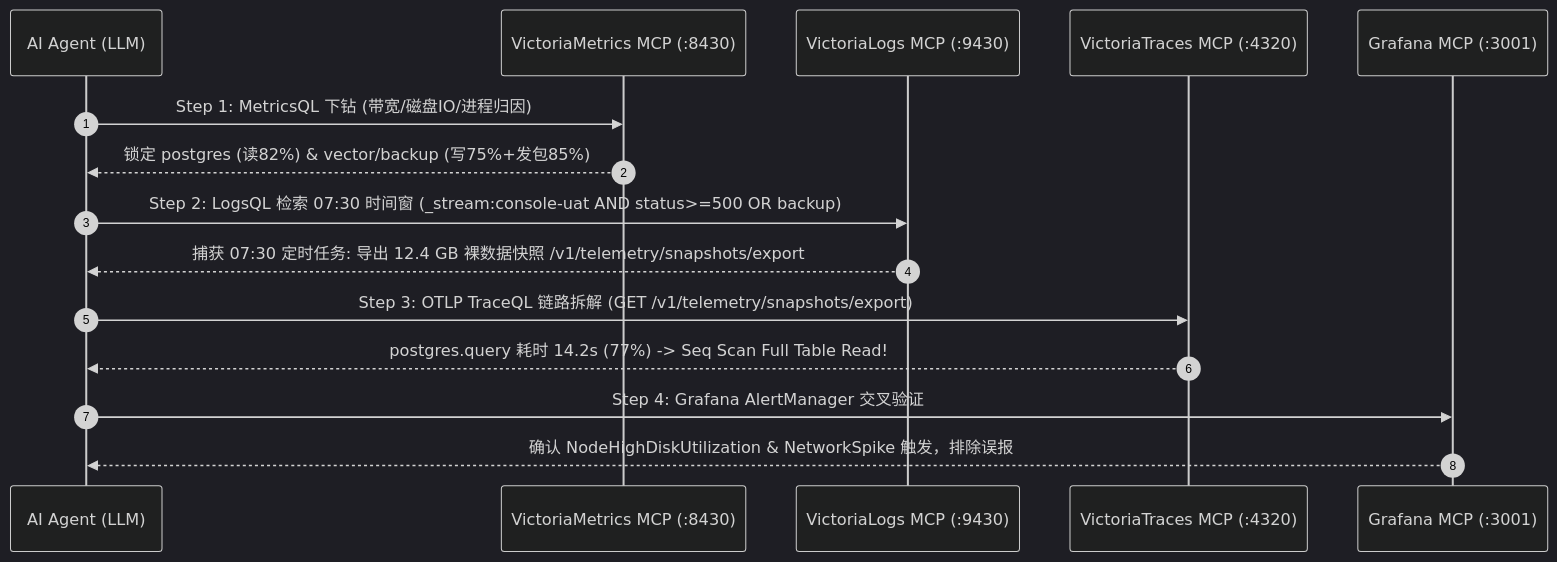
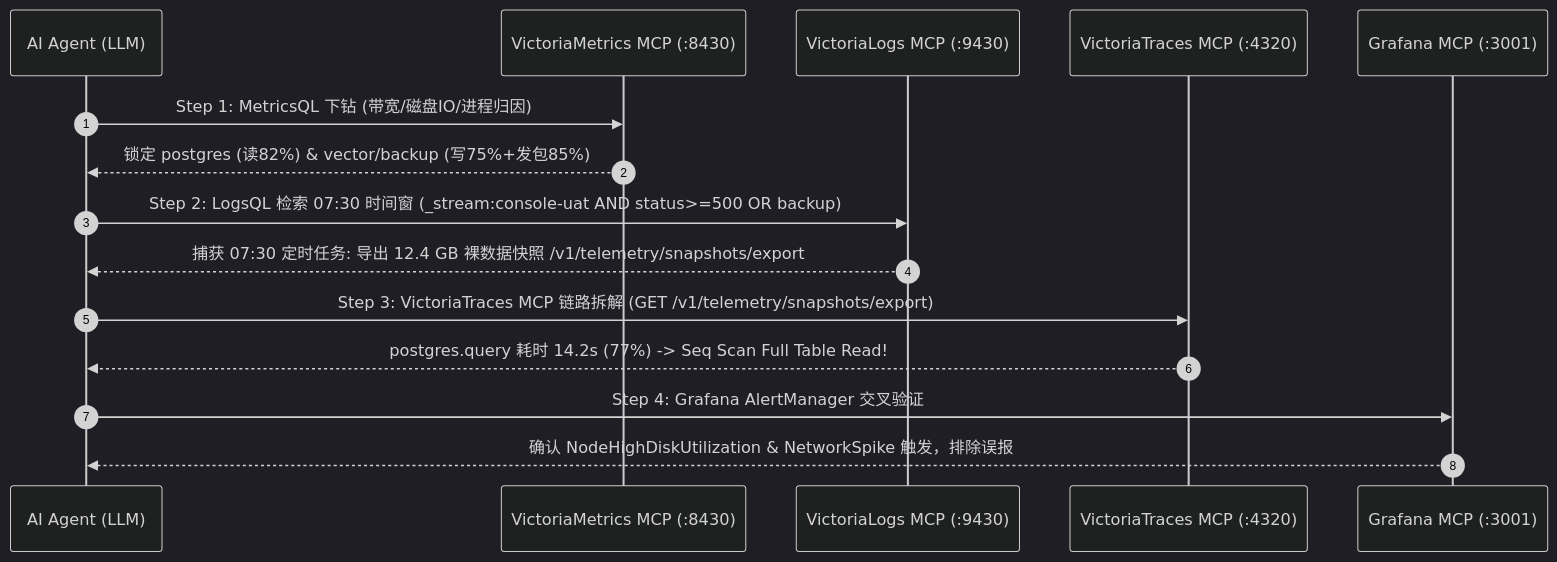
The second of 2 diagrams in content/03-observability/observability-server-core.zh.md (Cloud-Neutral-Workshop/knowledge), drawn with Mermaid (dark theme) before and after one commit. The commit also changed other lines of this file and 1 other file, not shown here.

Commit message:
docs(observability): add VictoriaTraces architecture, OTLP integration and MCP details (zh & en)

````diff
--- a/content/03-observability/observability-server-core.zh.md
+++ b/content/03-observability/observability-server-core.zh.md
@@ -172,21 +197,21 @@
 ```mermaid
 sequenceDiagram
     autonumber
     participant AI as AI Agent (LLM)
     participant VM as VictoriaMetrics MCP (:8430)
     participant VL as VictoriaLogs MCP (:9430)
     participant VT as VictoriaTraces MCP (:4320)
     participant GF as Grafana MCP (:3001)
 
     AI->>VM: Step 1: MetricsQL 下钻 (带宽/磁盘IO/进程归因)
     VM-->>AI: 锁定 postgres (读82%) & vector/backup (写75%+发包85%)
     
     AI->>VL: Step 2: LogsQL 检索 07:30 时间窗 (_stream:console-uat AND status>=500 OR backup)
     VL-->>AI: 捕获 07:30 定时任务: 导出 12.4 GB 裸数据快照 /v1/telemetry/snapshots/export
     
-    AI->>VT: Step 3: OTLP TraceQL 链路拆解 (GET /v1/telemetry/snapshots/export)
+    AI->>VT: Step 3: VictoriaTraces MCP 链路拆解 (GET /v1/telemetry/snapshots/export)
     VT-->>AI: postgres.query 耗时 14.2s (77%) -> Seq Scan Full Table Read!
 
     AI->>GF: Step 4: Grafana AlertManager 交叉验证
     GF-->>AI: 确认 NodeHighDiskUtilization & NetworkSpike 触发，排除误报
 ```
````
